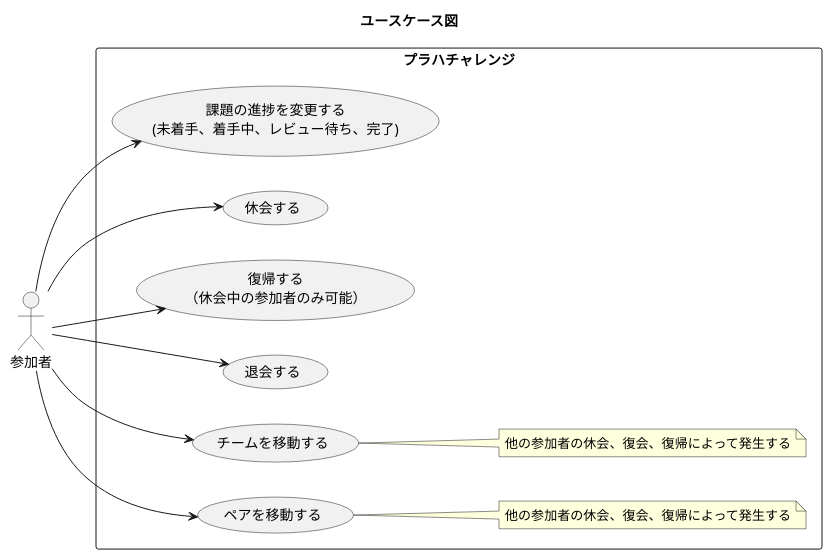
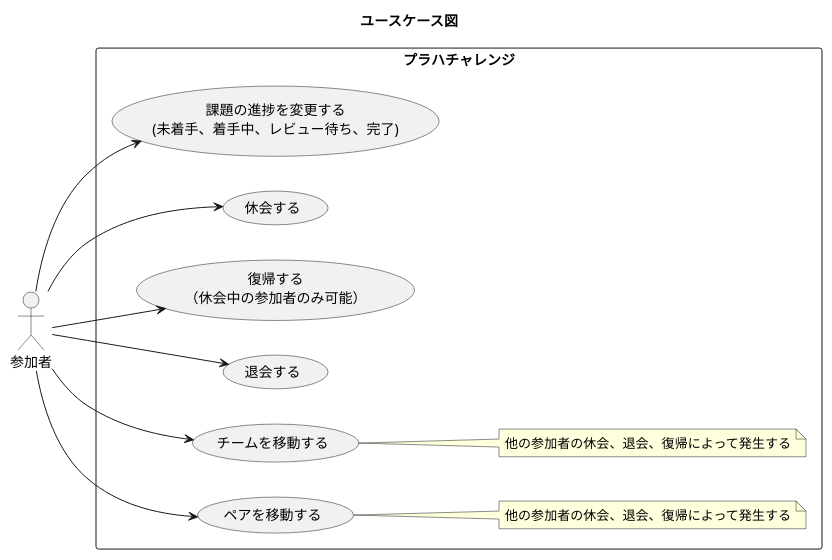
One commit to kamimi01/praha_challenge_tasks changed the diagram in architecture_basic/implementing_domain_driven_design/praha_challenge_usecase.pu. Above: the diagram before and after it, drawn with PlantUML. The commit also changed 1 other file, not shown here.

Commit message:
fix: ユースケース図の修正
#96

```diff
--- a/architecture_basic/implementing_domain_driven_design/praha_challenge_usecase.pu
+++ b/architecture_basic/implementing_domain_driven_design/praha_challenge_usecase.pu
@@ -1,28 +1,28 @@
 @startuml
 
 title "ユースケース図"
 
 left to right direction
 actor "参加者" as actor
 rectangle プラハチャレンジ {
   usecase "課題の進捗を変更する\n(未着手、着手中、レビュー待ち、完了)" as UC1
   usecase "休会する" as UC2
   usecase "復帰する\n（休会中の参加者のみ可能）" as UC3
   usecase "退会する" as UC4
   usecase "チームを移動する" as UC5
     note right of UC5
-      他の参加者の休会、復会、復帰によって発生する
+      他の参加者の休会、退会、復帰によって発生する
     end note
   usecase "ペアを移動する" as UC6
     note right of UC6
-      他の参加者の休会、復会、復帰によって発生する
+      他の参加者の休会、退会、復帰によって発生する
     end note
 }
 
 actor --> UC1
 actor --> UC2
 actor --> UC3
 actor --> UC4
 actor --> UC5
 actor --> UC6
 @enduml
```
